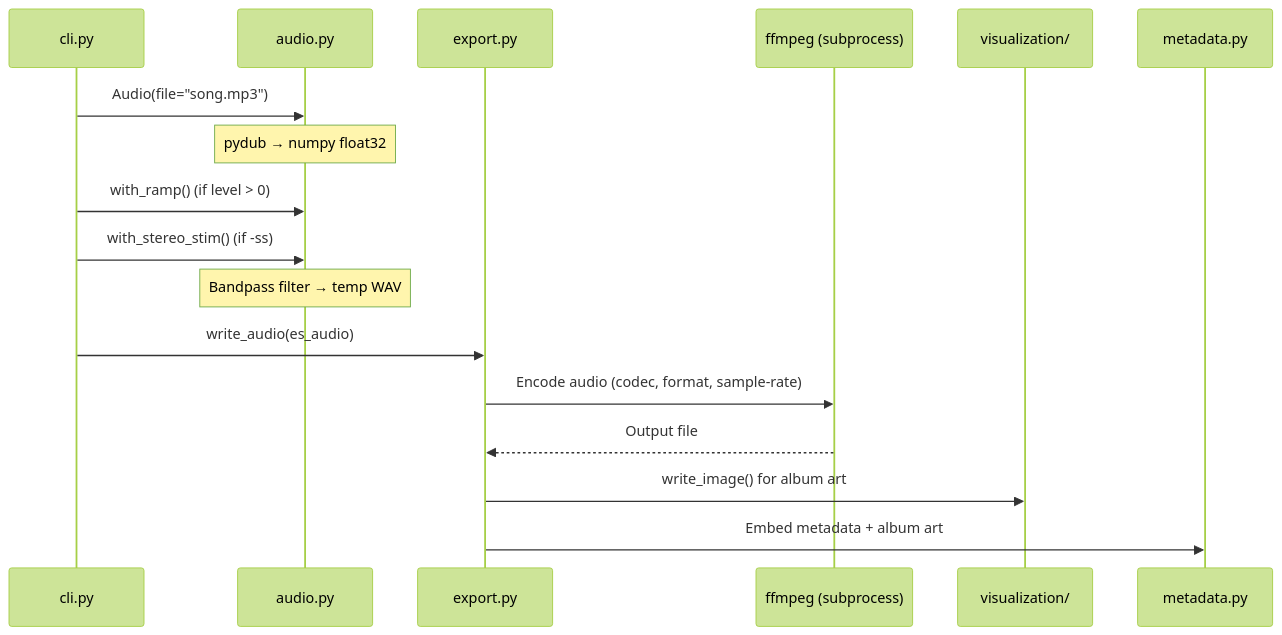
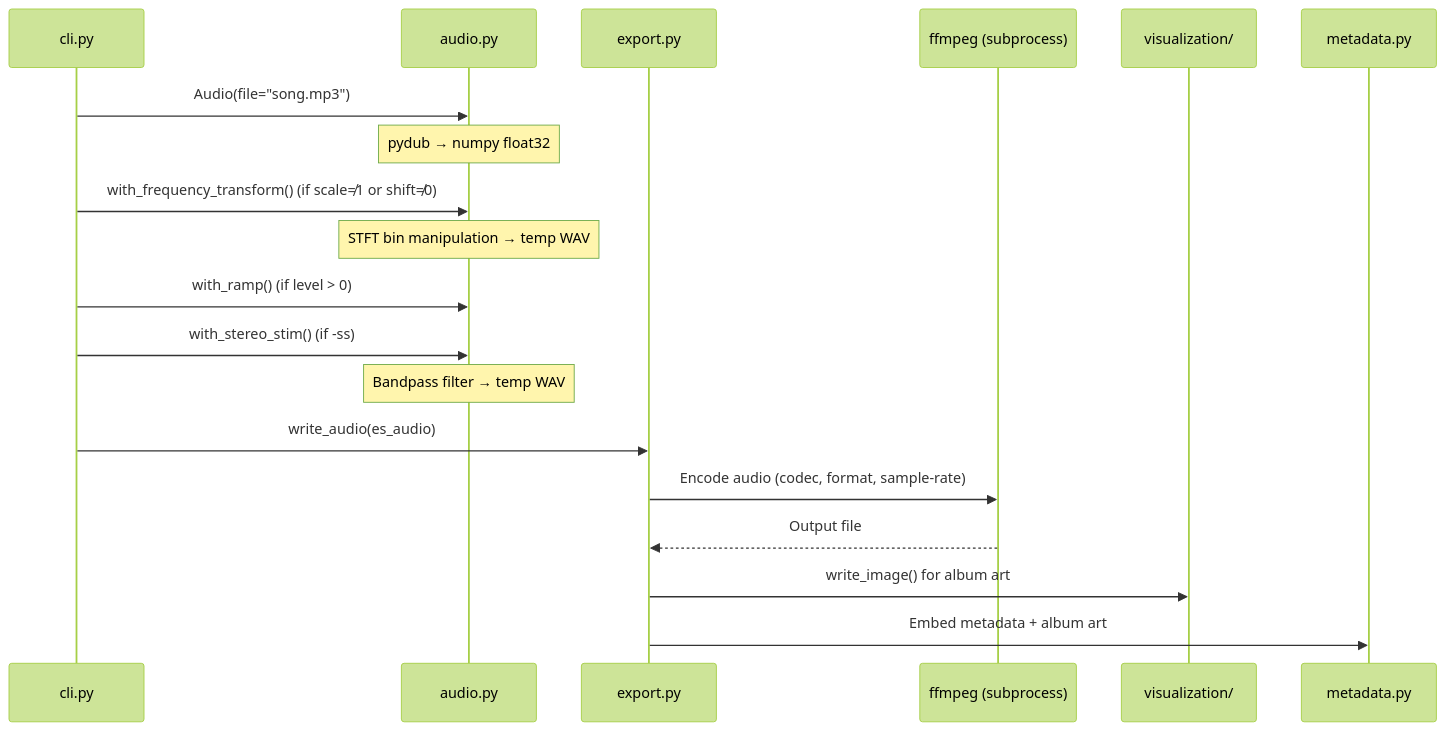
One commit to PsynApps/estimpy changed the third of 4 diagrams in docs/ARCHITECTURE.md. Above: the diagram before and after it, drawn with Mermaid (forest theme). The commit also changed other lines of this file and 8 other files, not shown here.

First line of the commit message:
feat: add frequency transform, deprecate numeric CLI shortcut flags

````diff
--- a/docs/ARCHITECTURE.md
+++ b/docs/ARCHITECTURE.md
@@ -165,20 +165,22 @@
 ```mermaid
 sequenceDiagram
     participant CLI as cli.py
     participant Audio as audio.py
     participant Export as export.py
     participant FFmpeg as ffmpeg (subprocess)
     participant Viz as visualization/
     participant Meta as metadata.py
 
     CLI->>Audio: Audio(file="song.mp3")
     Note over Audio: pydub → numpy float32
+    CLI->>Audio: with_frequency_transform() (if scale≠1 or shift≠0)
+    Note over Audio: STFT bin manipulation → temp WAV
     CLI->>Audio: with_ramp() (if level > 0)
     CLI->>Audio: with_stereo_stim() (if -ss)
     Note over Audio: Bandpass filter → temp WAV
     CLI->>Export: write_audio(es_audio)
     Export->>FFmpeg: Encode audio (codec, format, sample-rate)
     FFmpeg-->>Export: Output file
     Export->>Viz: write_image() for album art
     Export->>Meta: Embed metadata + album art
 ```
````
